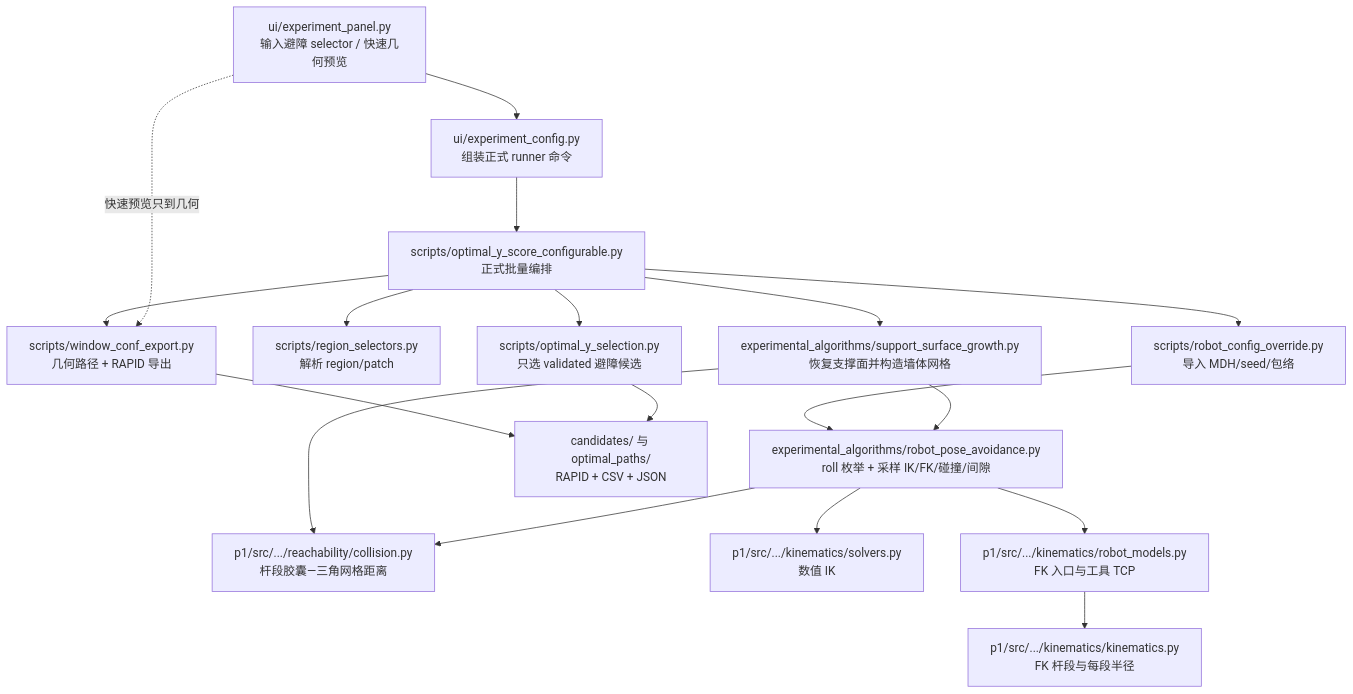
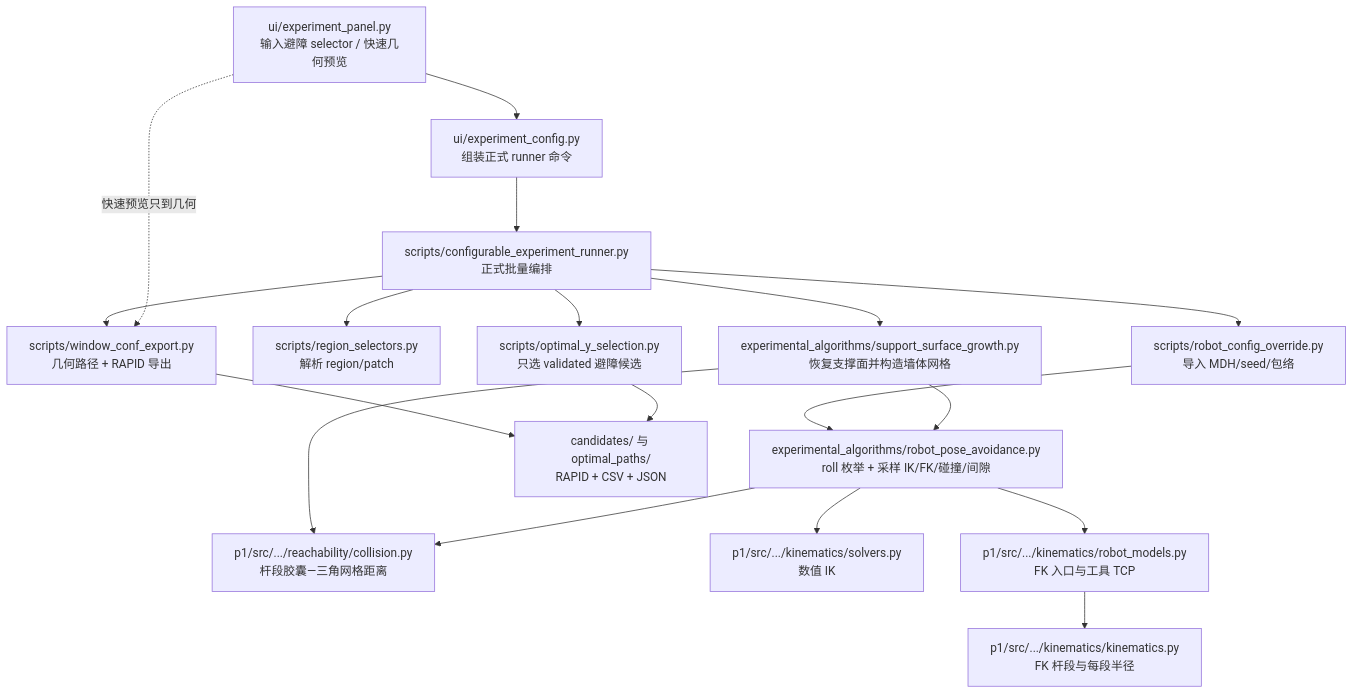
One commit to Flammery/base-casting-abb6700-experiments-backup changed the diagram in docs/AVOIDANCE_FILE_MAP.md. Above: the diagram before and after it, drawn with Mermaid. The commit also changed other lines of this file and 22 other files, not shown here.

````diff
--- a/docs/AVOIDANCE_FILE_MAP.md
+++ b/docs/AVOIDANCE_FILE_MAP.md
@@ -23,32 +23,32 @@
 ```mermaid
 flowchart TD
     UI["ui/experiment_panel.py\n输入避障 selector / 快速几何预览"]
     CFG["ui/experiment_config.py\n组装正式 runner 命令"]
-    RUN["scripts/optimal_y_score_configurable.py\n正式批量编排"]
+    RUN["scripts/configurable_experiment_runner.py\n正式批量编排"]
     EXP["scripts/window_conf_export.py\n几何路径 + RAPID 导出"]
     SEL["scripts/region_selectors.py\n解析 region/patch"]
     RCFG["scripts/robot_config_override.py\n导入 MDH/seed/包络"]
     GROW["experimental_algorithms/support_surface_growth.py\n恢复支撑面并构造墙体网格"]
     POSE["experimental_algorithms/robot_pose_avoidance.py\nroll 枚举 + 采样 IK/FK/碰撞/间隙"]
     OPT["scripts/optimal_y_selection.py\n只选 validated 避障候选"]
     RAPID["candidates/ 与 optimal_paths/\nRAPID + CSV + JSON"]
 
     COLL["p1/src/.../reachability/collision.py\n杆段胶囊—三角网格距离"]
     IK["p1/src/.../kinematics/solvers.py\n数值 IK"]
     FK["p1/src/.../kinematics/robot_models.py\nFK 入口与工具 TCP"]
     SEG["p1/src/.../kinematics/kinematics.py\nFK 杆段与每段半径"]
 
     UI --> CFG --> RUN
     UI -. "快速预览只到几何" .-> EXP
     RUN --> SEL
     RUN --> EXP
     RUN --> RCFG
     RUN --> GROW --> POSE
     RCFG --> POSE
     POSE --> IK
     POSE --> FK --> SEG
     POSE --> COLL
     GROW --> COLL
     RUN --> OPT --> RAPID
     EXP --> RAPID
 ```
````
